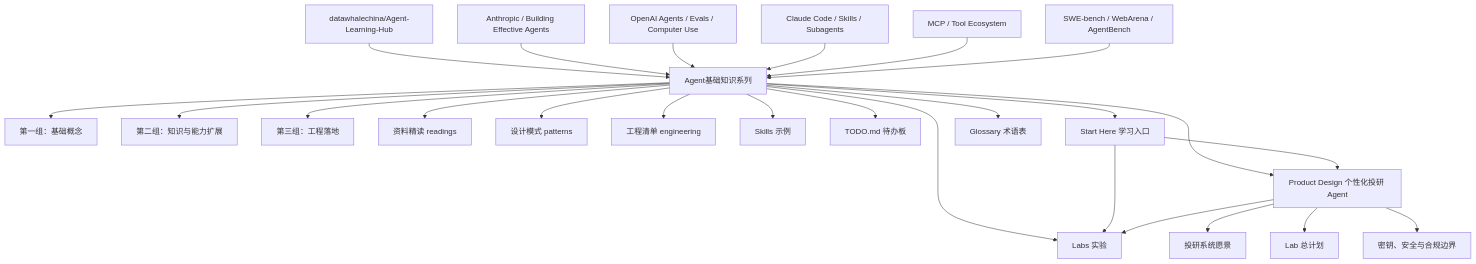
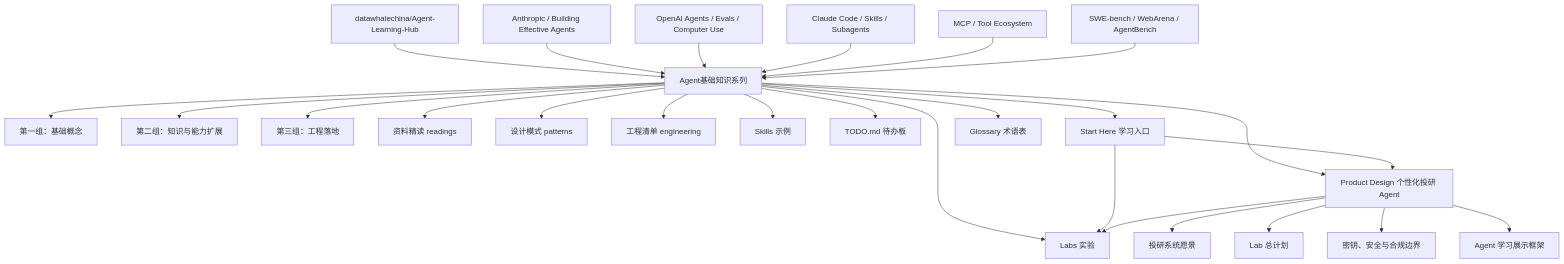
One commit to pittosporum-seu/Learning_Agent changed the first of 4 diagrams in docs/document-graph.md. Above: the diagram before and after it, drawn with Mermaid. The commit also changed other lines of this file and 14 other files, not shown here.

````diff
--- a/docs/document-graph.md
+++ b/docs/document-graph.md
@@ -9,30 +9,31 @@
 ```mermaid
 flowchart TD
     A["datawhalechina/Agent-Learning-Hub"] --> B["Agent基础知识系列"]
 
     C["Anthropic / Building Effective Agents"] --> B
     D["OpenAI Agents / Evals / Computer Use"] --> B
     E["Claude Code / Skills / Subagents"] --> B
     F["MCP / Tool Ecosystem"] --> B
     G["SWE-bench / WebArena / AgentBench"] --> B
 
     B --> S1["第一组：基础概念"]
     B --> S2["第二组：知识与能力扩展"]
     B --> S3["第三组：工程落地"]
     B --> X1["资料精读 readings"]
     B --> X2["设计模式 patterns"]
     B --> X3["工程清单 engineering"]
     B --> X4["Skills 示例"]
     B --> X5["Labs 实验"]
     B --> X6["TODO.md 待办板"]
     B --> X7["Product Design 个性化投研 Agent"]
     B --> X8["Start Here 学习入口"]
     B --> X9["Glossary 术语表"]
 
     X8 --> X5
     X8 --> X7
     X7 --> P0["投研系统愿景"]
     X7 --> P1["Lab 总计划"]
     X7 --> P2["密钥、安全与合规边界"]
+    X7 --> P3["Agent 学习展示框架"]
     X7 --> X5
 ```
````
